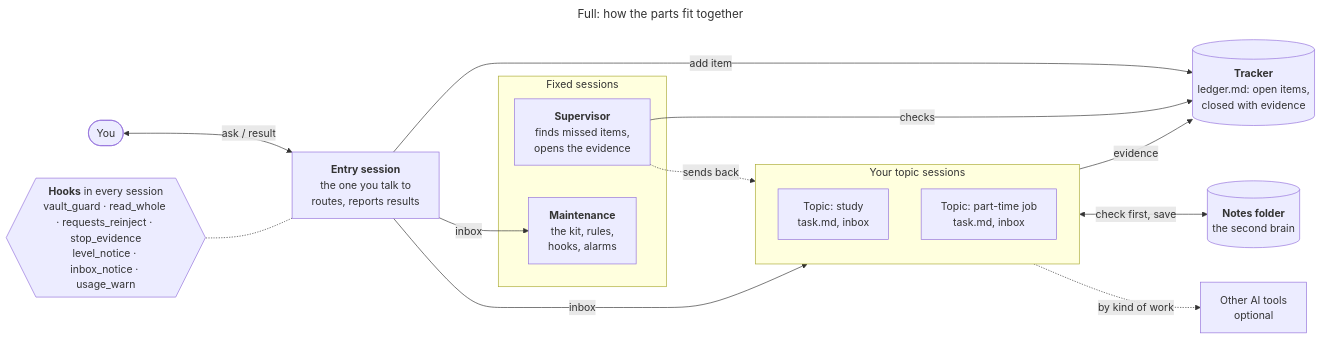
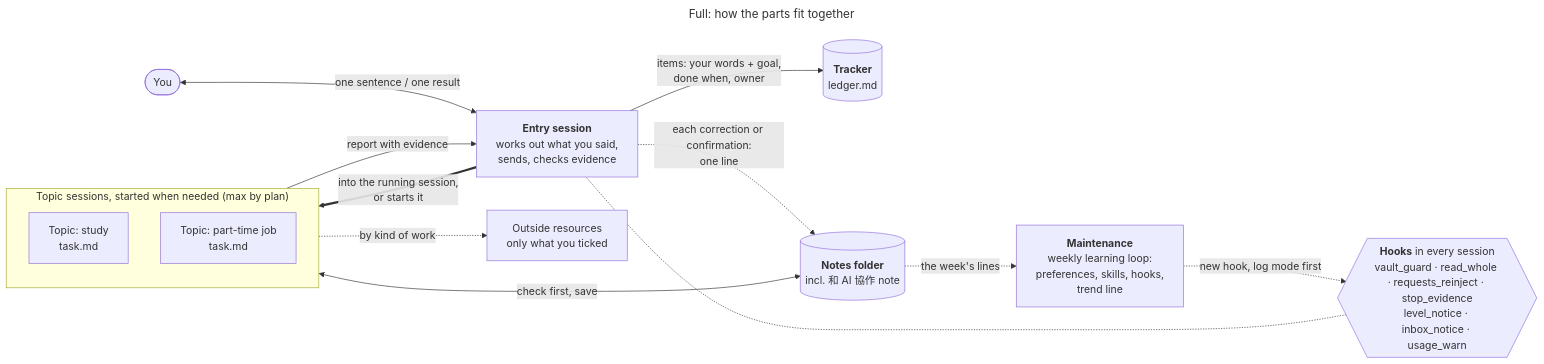
The first of 6 diagrams in docs/ADVANCED.md (0Smallcat0/second-brain-kit), drawn with Mermaid before and after one commit. The commit also changed other lines of this file and 61 other files, not shown here.

Commit message:
0.2.5: entry + maintenance only; maintenance learns from corrections and confirmations

````diff
--- a/docs/ADVANCED.md
+++ b/docs/ADVANCED.md
@@ -64,24 +82,21 @@
 ```mermaid
 ---
 title: "Full: how the parts fit together"
 ---
 flowchart LR
-  You(["You"]) <-->|ask / result| Entry["<b>Entry session</b><br/>the one you talk to<br/>routes, reports results"]
-  Entry -->|add item| Tracker[("<b>Tracker</b><br/>ledger.md: open items,<br/>closed with evidence")]
-  subgraph Fixed["Fixed sessions"]
-    Sup["<b>Supervisor</b><br/>finds missed items,<br/>opens the evidence"]
-    Mnt["<b>Maintenance</b><br/>the kit, rules,<br/>hooks, alarms"]
+  You(["You"]) <-->|"one sentence / one result"| Entry["<b>Entry session</b><br/>works out what you said,<br/>sends, checks evidence"]
+  Entry -->|"items: your words + goal,<br/>done when, owner"| Tracker[("<b>Tracker</b><br/>ledger.md")]
+  subgraph Topics["Topic sessions, started when needed (max by plan)"]
+    TA["Topic: study<br/>task.md"]
+    TB["Topic: part-time job<br/>task.md"]
   end
-  subgraph Topics["Your topic sessions"]
-    TA["Topic: study<br/>task.md, inbox"]
-    TB["Topic: part-time job<br/>task.md, inbox"]
-  end
-  Entry -->|inbox| Topics
-  Entry -->|inbox| Mnt
-  Topics -->|evidence| Tracker
-  Sup -->|checks| Tracker
-  Sup -.->|sends back| Topics
-  Topics <-->|check first, save| Vault[("<b>Notes folder</b><br/>the second brain")]
-  Topics -.->|by kind of work| Tools["Other AI tools<br/>optional"]
+  Entry ==>|"into the running session,<br/>or starts it"| Topics
+  Topics -->|"report with evidence"| Entry
+  Topics <-->|"check first, save"| Vault[("<b>Notes folder</b><br/>incl. 和 AI 協作 note")]
+  Entry -.->|"each correction or confirmation:<br/>one line"| Vault
+  Mnt["<b>Maintenance</b><br/>weekly learning loop:<br/>preferences, skills, hooks,<br/>trend line"]
+  Vault -.->|"the week's lines"| Mnt
+  Mnt -.->|"new hook, log mode first"| Hooks
+  Topics -.->|by kind of work| Res["Outside resources<br/>only what you ticked"]
   Hooks{{"<b>Hooks</b> in every session<br/>vault_guard · read_whole · requests_reinject · stop_evidence<br/>level_notice · inbox_notice · usage_warn"}} -.- Entry
 ```
````
